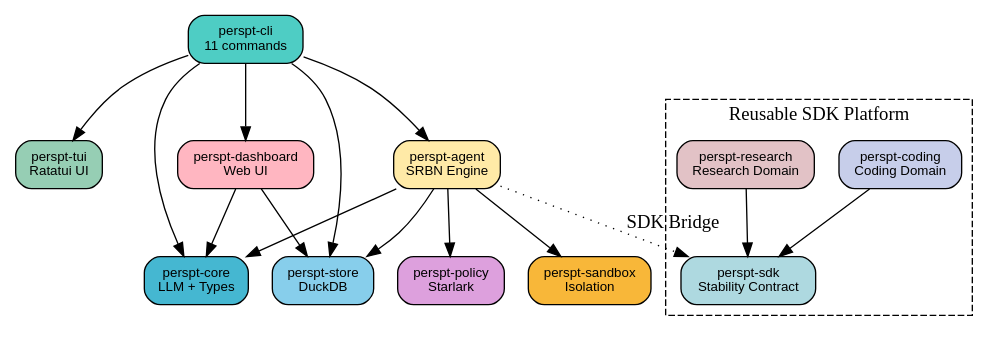
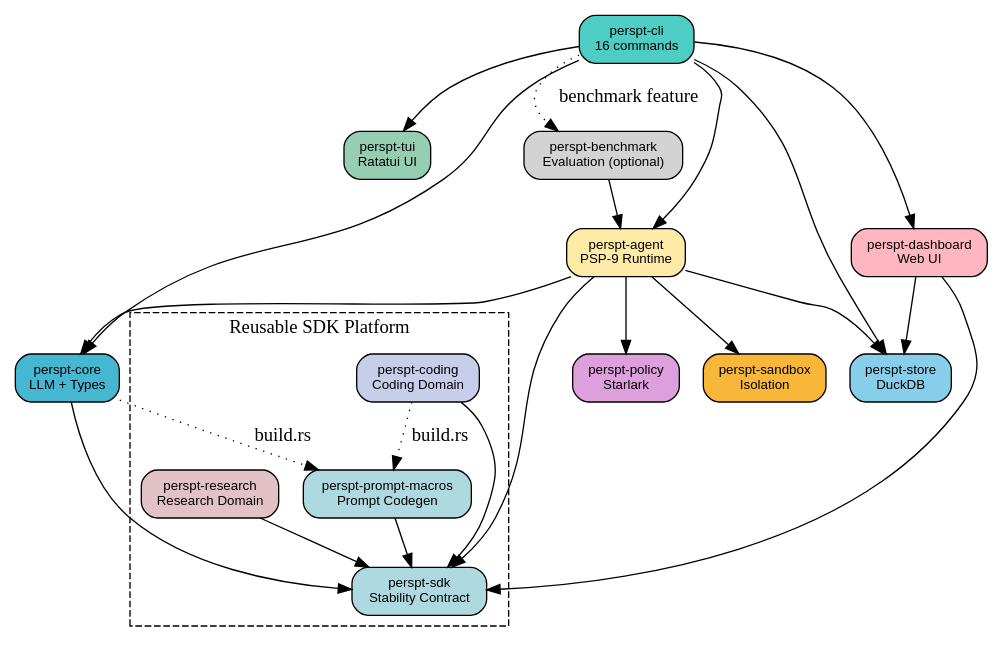
Before and after one commit to eonseed/perspt: the diagram in docs/perspt_book/source/concepts/workspace-crates.rst, drawn with Graphviz. The commit also changed other lines of this file and 51 other files, not shown here.

```diff
--- a/docs/perspt_book/source/concepts/workspace-crates.rst
+++ b/docs/perspt_book/source/concepts/workspace-crates.rst
@@ -10,40 +10,48 @@
 .. graphviz::
    :align: center
    :caption: Crate Dependencies
 
    digraph deps {
        rankdir=TB;
        node [shape=box, style="rounded,filled", fontname="Helvetica", fontsize=10];
 
-       cli [label="perspt-cli\n11 commands", fillcolor="#4ECDC4"];
+       cli [label="perspt-cli\n16 commands", fillcolor="#4ECDC4"];
        tui [label="perspt-tui\nRatatui UI", fillcolor="#96CEB4"];
-       agent [label="perspt-agent\nSRBN Engine", fillcolor="#FFEAA7"];
+       agent [label="perspt-agent\nPSP-9 Runtime", fillcolor="#FFEAA7"];
        core [label="perspt-core\nLLM + Types", fillcolor="#45B7D1"];
        store [label="perspt-store\nDuckDB", fillcolor="#87CEEB"];
        policy [label="perspt-policy\nStarlark", fillcolor="#DDA0DD"];
        sandbox [label="perspt-sandbox\nIsolation", fillcolor="#F8B739"];
        dashboard [label="perspt-dashboard\nWeb UI", fillcolor="#FFB6C1"];
+       bench [label="perspt-benchmark\nEvaluation (optional)", fillcolor="#D3D3D3"];
 
        subgraph cluster_sdk {
            label="Reusable SDK Platform";
            style=dashed;
            sdk [label="perspt-sdk\nStability Contract", fillcolor="#AED9E0"];
            coding [label="perspt-coding\nCoding Domain", fillcolor="#C7CEEA"];
            research [label="perspt-research\nResearch Domain", fillcolor="#E2C2C6"];
+           macros [label="perspt-prompt-macros\nPrompt Codegen", fillcolor="#AED9E0"];
        }
 
        cli -> tui;
        cli -> agent;
        cli -> core;
        cli -> store;
        cli -> dashboard;
+       cli -> bench [style=dotted, label="benchmark feature"];
        agent -> core;
        agent -> store;
        agent -> policy;
        agent -> sandbox;
-       agent -> sdk [style=dotted, label="SDK Bridge"];
+       agent -> sdk;
+       core -> sdk;
+       core -> macros [style=dotted, label="build.rs"];
        coding -> sdk;
+       coding -> macros [style=dotted, label="build.rs"];
+       macros -> sdk;
        research -> sdk;
+       bench -> agent;
        dashboard -> store;
-       dashboard -> core;
+       dashboard -> sdk;
    }
```
